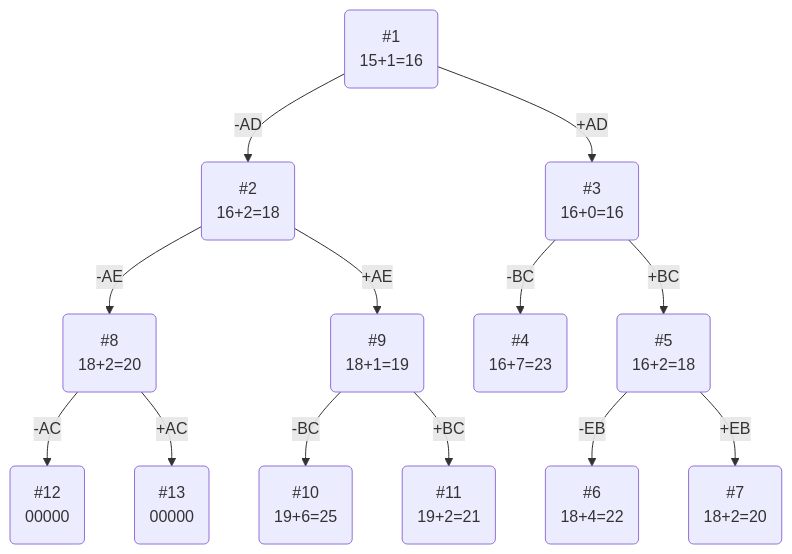
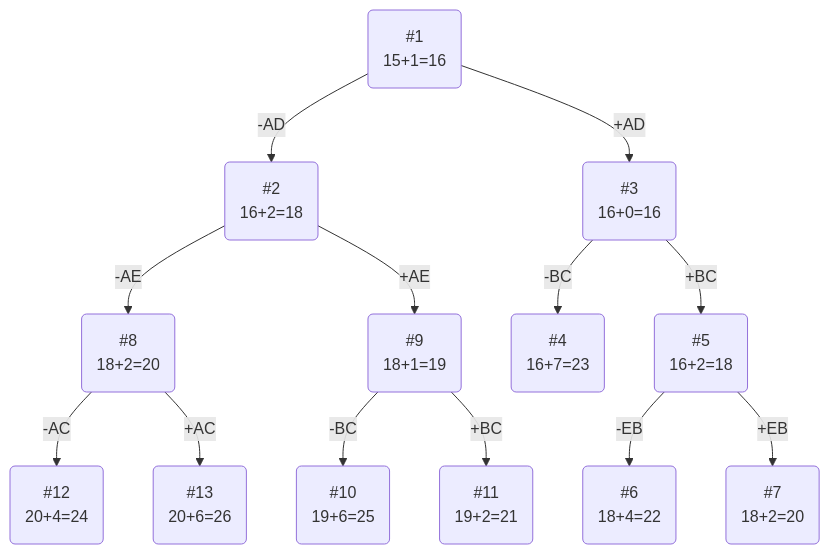
One commit to HSE-algo-23-crow/manual_tasks changed the diagram in task_20/citrine.md. Above: the diagram before and after it, drawn with Mermaid. The commit also changed other lines of this file, not shown here.

````diff
--- a/task_20/citrine.md
+++ b/task_20/citrine.md
@@ -78,15 +78,15 @@
 ```mermaid
 graph TB
     1(#1\n15+1=16)-->|-AD|2(#2\n16+2=18)
     1-->|+AD|3(#3\n16+0=16)
     3-->|-BC|4(#4\n16+7=23)
     3-->|+BC|5(#5\n16+2=18)
     5-->|-EB|6(#6\n18+4=22)
     5-->|+EB|7(#7\n18+2=20)
     2-->|-AE|8(#8\n18+2=20)
     2-->|+AE|9(#9\n18+1=19)
     9-->|-BC|10(#10\n19+6=25)
     9-->|+BC|11(#11\n19+2=21)
-    8-->|-AC|12(#12\n00000)
-    8-->|+AC|13(#13\n00000)
+    8-->|-AC|12(#12\n20+4=24)
+    8-->|+AC|13(#13\n20+6=26)
 ```
````
